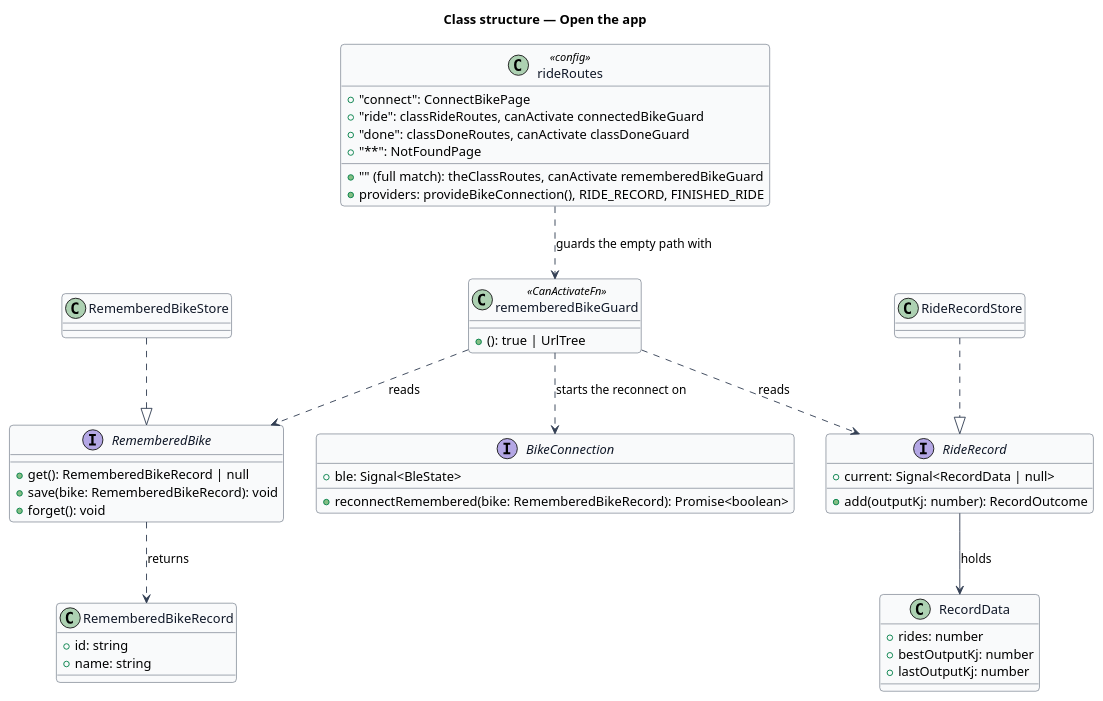
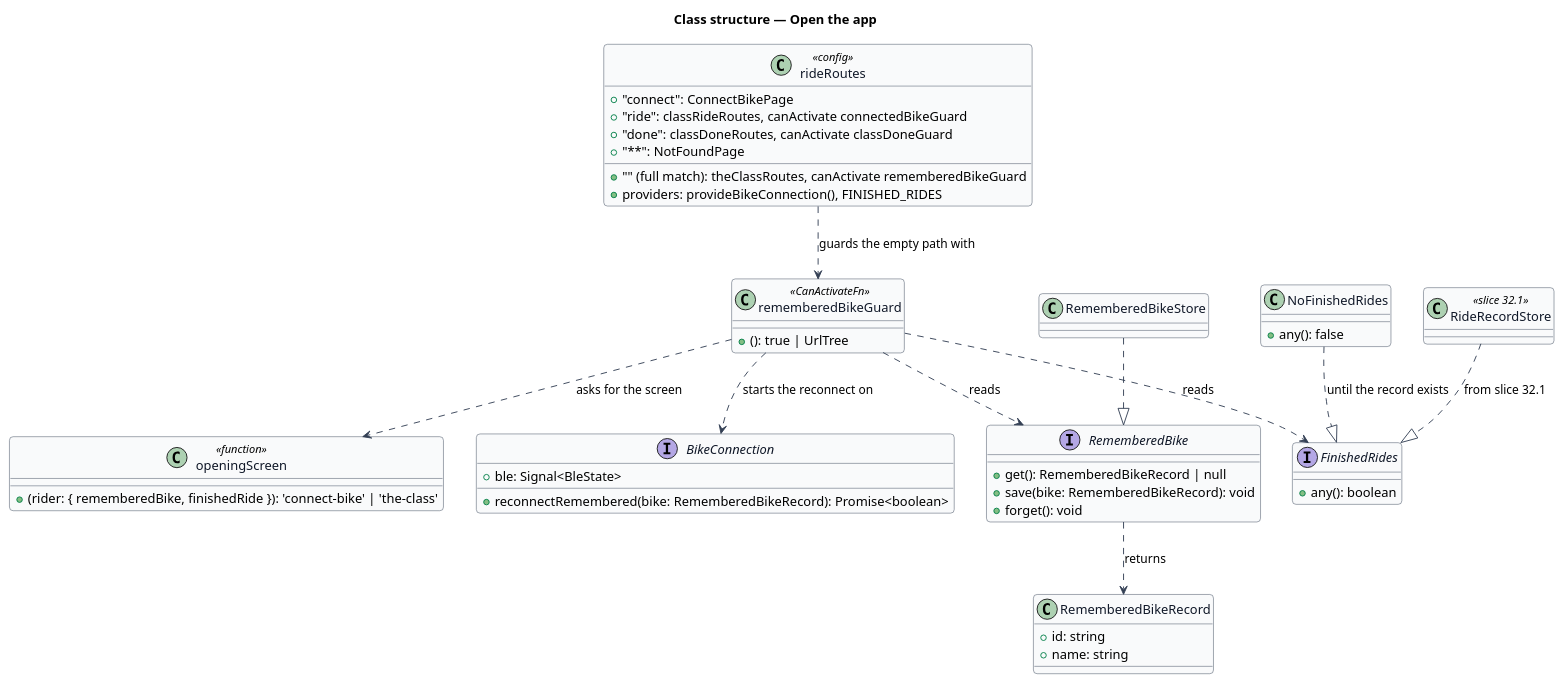
The diagram in docs/detailed-designs/the-class/open-the-app/diagrams/class-structure.puml (QuinntyneBrown/ride-one), drawn with PlantUML before and after one commit. The commit also changed 63 other files, not shown here.

First line of the commit message:
Slice 30.5: Open where the rider belongs

```diff
--- a/docs/detailed-designs/the-class/open-the-app/diagrams/class-structure.puml
+++ b/docs/detailed-designs/the-class/open-the-app/diagrams/class-structure.puml
@@ -1,67 +1,68 @@
 @startuml
 ' --- shared skin header ---
 skinparam backgroundColor #FFFFFF
 skinparam shadowing false
 skinparam roundcorner 8
 skinparam defaultFontName Arial
 skinparam ArrowColor #344054
 skinparam class {
   BorderColor #344054
   FontColor #101828
   BackgroundColor #F9FAFB
 }
 ' --------------------------
 title Class structure — Open the app
 
 class rideRoutes <<config>> {
   +"connect": ConnectBikePage
   +"" (full match): theClassRoutes, canActivate rememberedBikeGuard
   +"ride": classRideRoutes, canActivate connectedBikeGuard
   +"done": classDoneRoutes, canActivate classDoneGuard
   +"**": NotFoundPage
-  +providers: provideBikeConnection(), RIDE_RECORD, FINISHED_RIDE
+  +providers: provideBikeConnection(), FINISHED_RIDES
 }
 
 class rememberedBikeGuard <<CanActivateFn>> {
   +(): true | UrlTree
 }
 
 interface RememberedBike {
   +get(): RememberedBikeRecord | null
   +save(bike: RememberedBikeRecord): void
   +forget(): void
 }
 
-interface RideRecord {
-  +current: Signal<RecordData | null>
-  +add(outputKj: number): RecordOutcome
+interface FinishedRides {
+  +any(): boolean
 }
 
-class RecordData {
-  +rides: number
-  +bestOutputKj: number
-  +lastOutputKj: number
+class openingScreen <<function>> {
+  +(rider: { rememberedBike, finishedRide }): 'connect-bike' | 'the-class'
 }
 
 class RememberedBikeRecord {
   +id: string
   +name: string
 }
 
 interface BikeConnection {
   +ble: Signal<BleState>
   +reconnectRemembered(bike: RememberedBikeRecord): Promise<boolean>
 }
 
 class RememberedBikeStore
-class RideRecordStore
+class NoFinishedRides {
+  +any(): false
+}
+class RideRecordStore <<slice 32.1>>
 
 rideRoutes ..> rememberedBikeGuard : guards the empty path with
 rememberedBikeGuard ..> RememberedBike : reads
-rememberedBikeGuard ..> RideRecord : reads
+rememberedBikeGuard ..> FinishedRides : reads
+rememberedBikeGuard ..> openingScreen : asks for the screen
 rememberedBikeGuard ..> BikeConnection : starts the reconnect on
 RememberedBike ..> RememberedBikeRecord : returns
-RideRecord --> RecordData : holds
 RememberedBikeStore ..|> RememberedBike
-RideRecordStore ..|> RideRecord
+NoFinishedRides ..|> FinishedRides : until the record exists
+RideRecordStore ..|> FinishedRides : from slice 32.1
 @enduml
```
